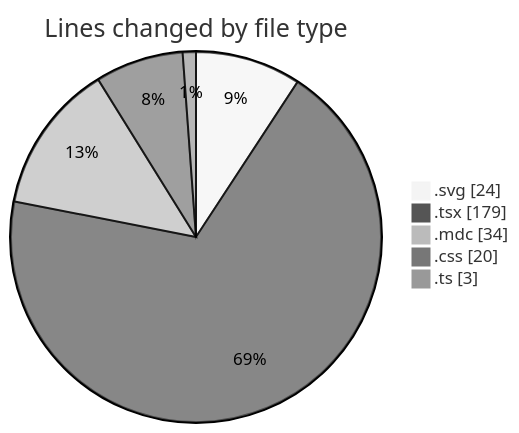
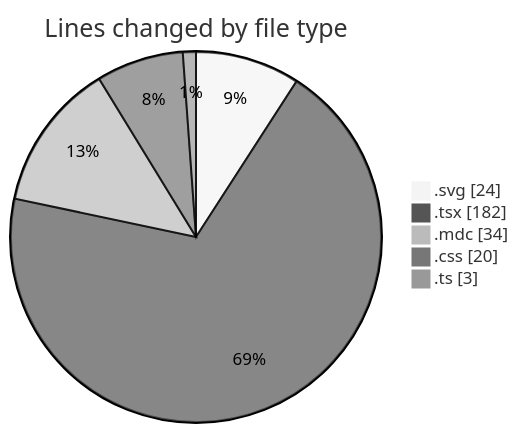
Before and after one commit to EIIisD/code-tracking: the first of 2 diagrams in 2025-07-18/ribbon/README.md, drawn with Mermaid (neutral theme). The commit also changed other lines of this file and 1 other file, not shown here.

````diff
--- a/2025-07-18/ribbon/README.md
+++ b/2025-07-18/ribbon/README.md
@@ -25,9 +25,9 @@
 ```mermaid
 pie showData
 title Lines changed by file type
 ".svg" : 24
-".tsx" : 179
+".tsx" : 182
 ".mdc" : 34
 ".css" : 20
 ".ts" : 3
 ```
````
